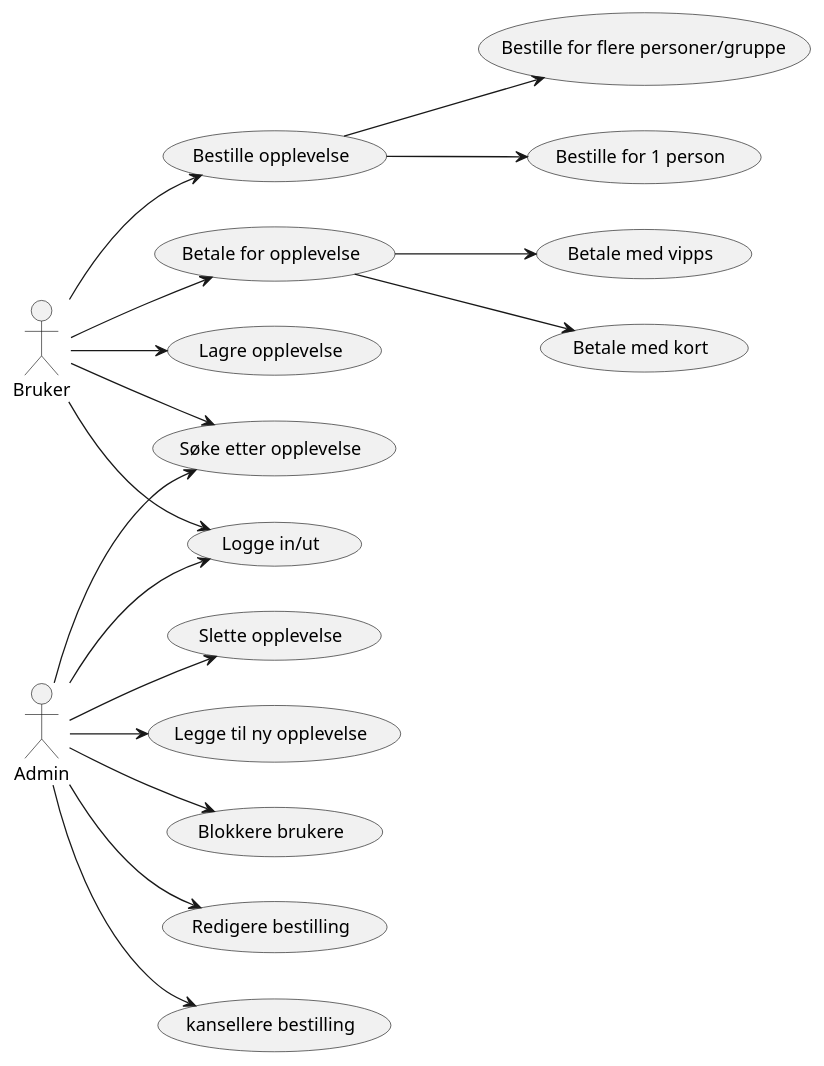
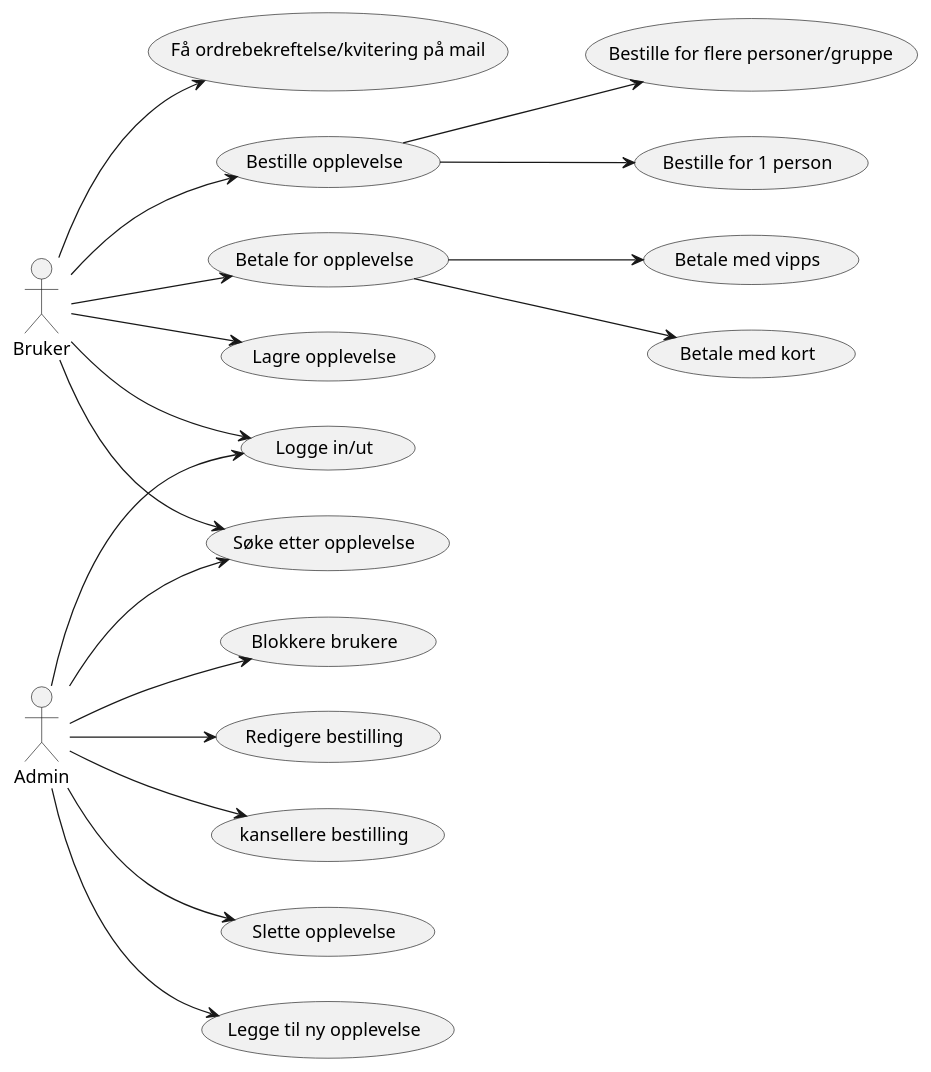
One commit to mapclean9r/os_Systemer changed the diagram in plantuml_diagrammer/usecasediagram.puml. Above: the diagram before and after it, drawn with PlantUML. The commit also changed other lines of this file, not shown here.

Commit message:
lagt til ordrebekreftelse på mail
lagt til ny rad

```diff
--- a/plantuml_diagrammer/usecasediagram.puml
+++ b/plantuml_diagrammer/usecasediagram.puml
@@ -1,19 +1,20 @@
 @startuml oppgave1
 left to right direction
 :Bruker: --> (Bestille opplevelse) 
 (Bestille opplevelse) --> (Bestille for flere personer/gruppe)
 (Bestille opplevelse) --> (Bestille for 1 person)
 :Bruker: --> (Betale for opplevelse)
 (Betale for opplevelse) --> (Betale med vipps)
 (Betale for opplevelse) --> (Betale med kort)
 :Bruker: --> (Lagre opplevelse)
 :Bruker: --> (Søke etter opplevelse)
 :Bruker: --> (Logge in/ut)
+:Bruker: --> (Få ordrebekreftelse/kvitering på mail)
 :Admin: --> (Slette opplevelse)
 :Admin: --> (Legge til ny opplevelse)
 :Admin: --> (Blokkere brukere)
 :Admin: --> (Redigere bestilling)
 :Admin: --> (kansellere bestilling)
 :Admin: --> (Søke etter opplevelse)
 :Admin: --> (Logge in/ut)
 @enduml
```
